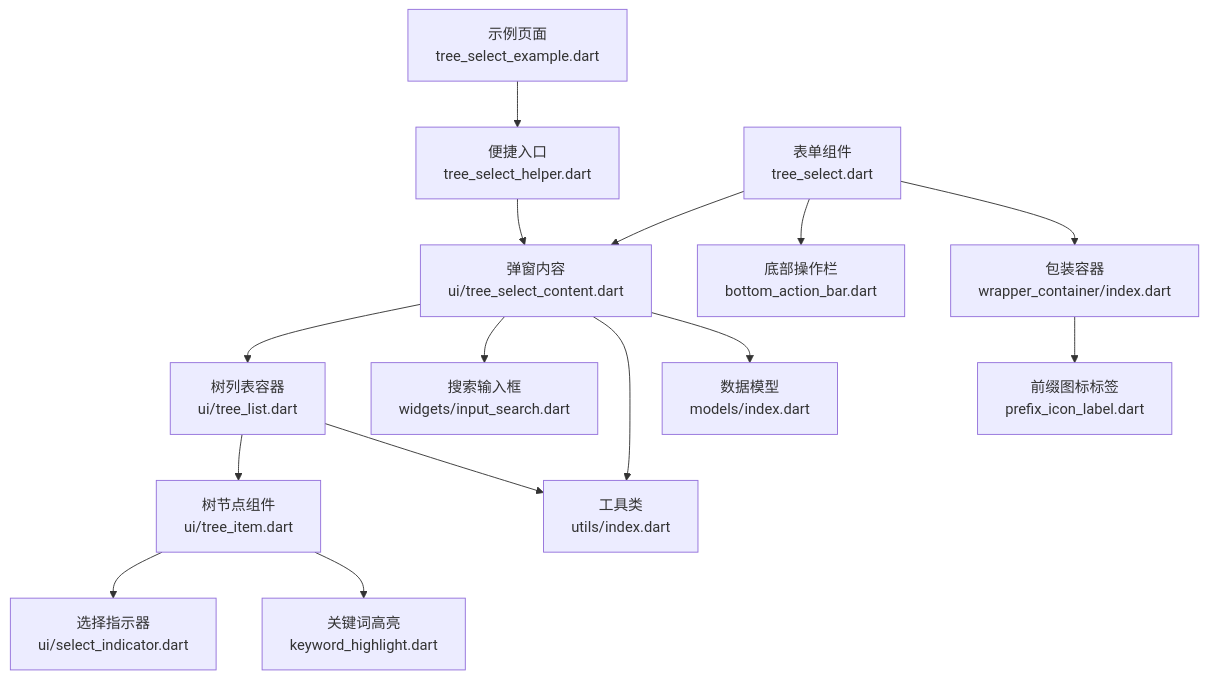
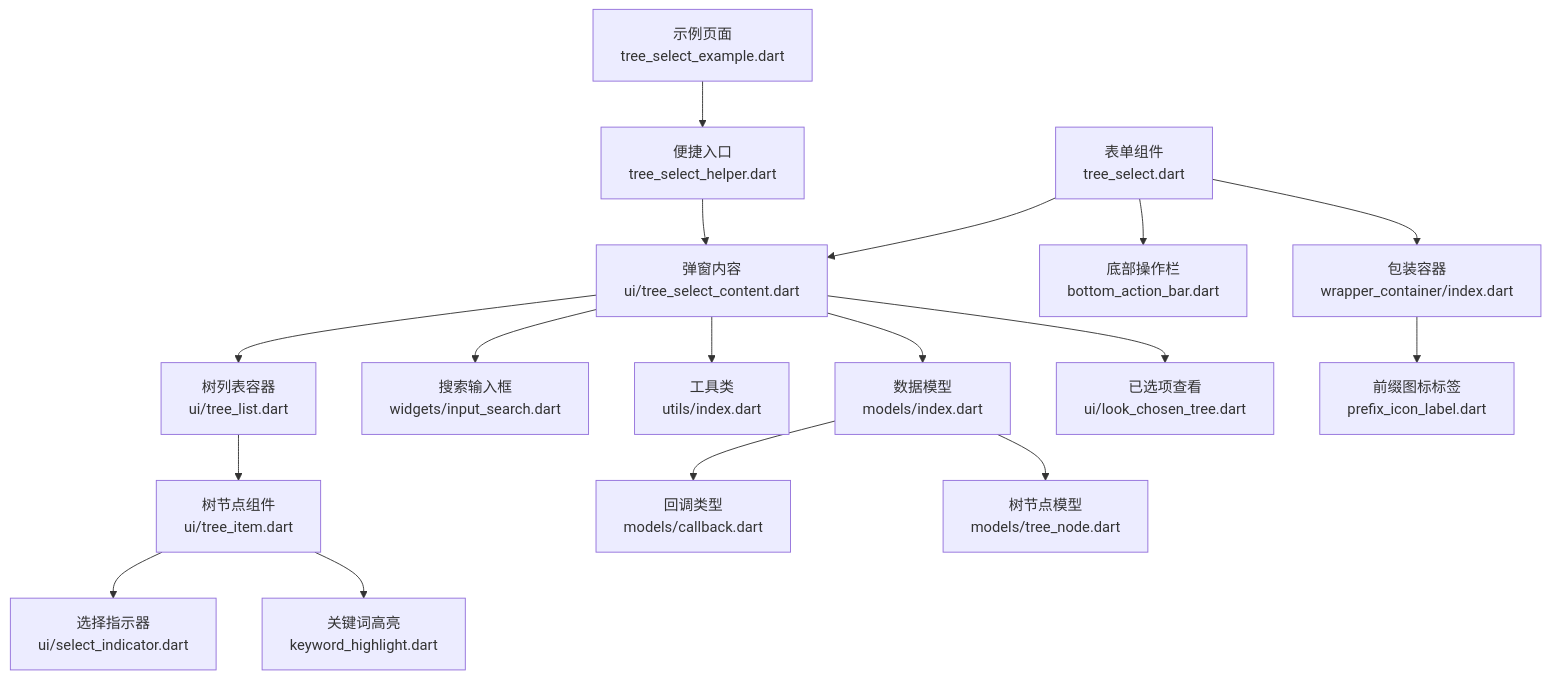
Before and after one commit to yuzhido/lite-ui: the first of 3 diagrams in .qoder/repowiki/zh/content/API 参考/高级组件 API/TreeSelect 树形选择器 API.md, drawn with Mermaid. The commit also changed other lines of this file and 34 other files, not shown here.

````diff
--- a/.qoder/repowiki/zh/content/API 参考/高级组件 API/TreeSelect 树形选择器 API.md
+++ b/.qoder/repowiki/zh/content/API 参考/高级组件 API/TreeSelect 树形选择器 API.md
@@ -66,17 +67,19 @@
 ```mermaid
 graph TB
 A["示例页面<br/>tree_select_example.dart"] --> B["便捷入口<br/>tree_select_helper.dart"]
 B --> C["弹窗内容<br/>ui/tree_select_content.dart"]
 C --> D["树列表容器<br/>ui/tree_list.dart"]
 D --> E["树节点组件<br/>ui/tree_item.dart"]
 E --> F["选择指示器<br/>ui/select_indicator.dart"]
 C --> G["搜索输入框<br/>widgets/input_search.dart"]
 C --> H["工具类<br/>utils/index.dart"]
-D --> H
 C --> I["数据模型<br/>models/index.dart"]
-E --> J["关键词高亮<br/>keyword_highlight.dart"]
-K["表单组件<br/>tree_select.dart"] --> C
-K --> L["底部操作栏<br/>bottom_action_bar.dart"]
-K --> M["包装容器<br/>wrapper_container/index.dart"]
-M --> N["前缀图标标签<br/>prefix_icon_label.dart"]
+C --> J["已选项查看<br/>ui/look_chosen_tree.dart"]
+E --> K["关键词高亮<br/>keyword_highlight.dart"]
+L["表单组件<br/>tree_select.dart"] --> C
+L --> M["底部操作栏<br/>bottom_action_bar.dart"]
+L --> N["包装容器<br/>wrapper_container/index.dart"]
+N --> O["前缀图标标签<br/>prefix_icon_label.dart"]
+I --> P["回调类型<br/>models/callback.dart"]
+I --> Q["树节点模型<br/>models/tree_node.dart"]
 ```
````
